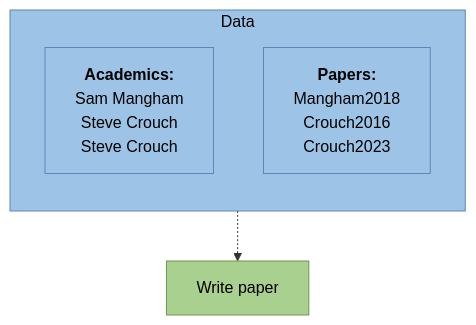
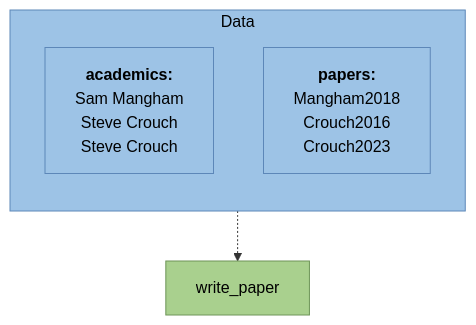
The fifth of 16 diagrams in courses/object_oriented/main.md (OxfordRSE/training-course-slides), drawn with Mermaid before and after one commit. The commit also changed other lines of this file, not shown here.

````diff
--- a/courses/object_oriented/main.md
+++ b/courses/object_oriented/main.md
@@ -259,22 +259,22 @@
 ```mermaid {theme: 'neutral', scale: 0.9}
 ---
 config:
   themeCSS: |
     .node rect { rx: 18px; ry: 18px; }
     .cluster rect { rx: 24px; ry: 24px; }
 ---
 flowchart TB
     subgraph D2["Data"]
       direction TB
-      A2["<b>Academics:</b><br/>Sam Mangham<br/>Steve Crouch<br/><span style='color:#b91c1c;font-weight:700'>Steve Crouch</span>"]
-      P2["<b>Papers:</b><br/>Mangham2018<br/>Crouch2016<br/>Crouch2023"]
+      A2["<b>academics:</b><br/>Sam Mangham<br/>Steve Crouch<br/><span style='color:#b91c1c;font-weight:700'>Steve Crouch</span>"]
+      P2["<b>papers:</b><br/>Mangham2018<br/>Crouch2016<br/>Crouch2023"]
     end
 
-    W2["Write paper"]
+    W2["write_paper"]
     D2 -.-> W2
 
     classDef data fill:#9dc3e6,stroke:#5d87b8,color:#000
     classDef func fill:#a9d08e,stroke:#6e9458,color:#000
     class D2,A2,P2 data
     class W2 func
 ```
````
